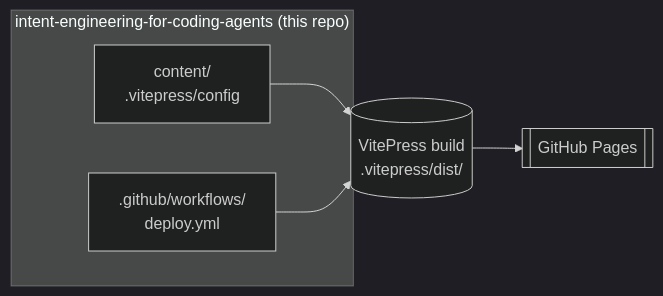
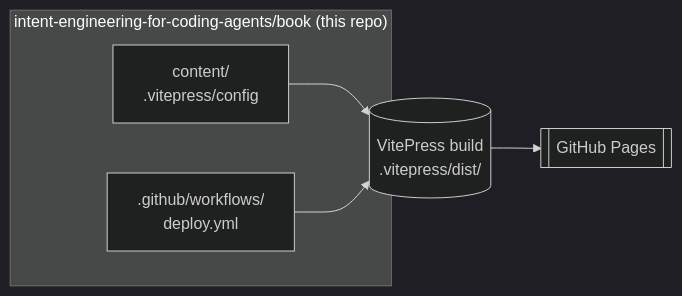
Before and after one commit to intent-engineering-for-coding-agents/book: the diagram in docs/README.md, drawn with Mermaid (dark theme). The commit also changed 2 other files, not shown here.

Commit message:
chore(urls): update GitHub org/repo URLs after rename
Organisation renamed from ase-book to intent-engineering-for-coding-agents.
Repos renamed: ase-book → book, ase-cli → cli.

- config.mts social link → intent-engineering-for-coding-agents/book
- docs/README.md diagram label updated
- check.yml CLI install URL → intent-engineering-for-coding-agents/cli

````diff
--- a/docs/README.md
+++ b/docs/README.md
@@ -9,13 +9,13 @@
 ```mermaid
 flowchart LR
-  subgraph repo["intent-engineering-for-coding-agents (this repo)"]
+  subgraph repo["intent-engineering-for-coding-agents/book (this repo)"]
     src["content/<br/>.vitepress/config"]
     wf[".github/workflows/<br/>deploy.yml"]
   end
   build[("VitePress build<br/>.vitepress/dist/")]
   pages[["GitHub Pages"]]
 
   src --> build
   wf --> build
   build --> pages
 ```
````
